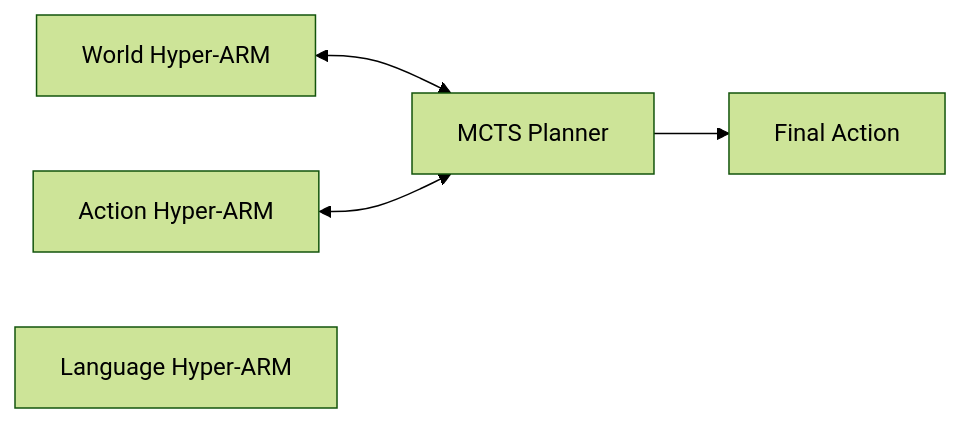
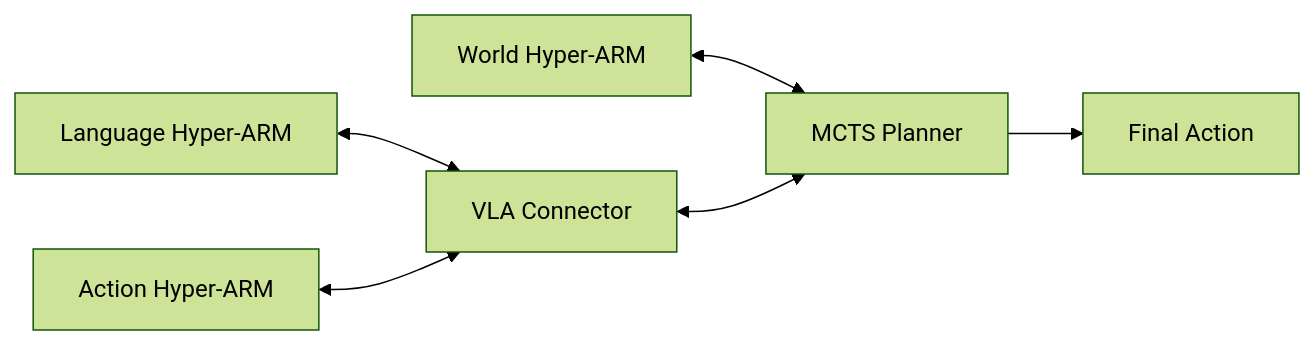
Before and after one commit to streamlineddesigns/Hyper-ARM-Hypernetwork-Associative-Recall-Memory: the diagram in README.md, drawn with Mermaid (forest theme).

Commit message:
updating Vwala diagram

````diff
--- a/README.md
+++ b/README.md
@@ -44,9 +44,12 @@
 ```mermaid
 flowchart LR
     World["World Hyper-ARM"]
     Action["Action Hyper-ARM"]
     Language["Language Hyper-ARM"]
+    VLA["VLA Hyper-ARM"]
+    Language <--> VLA["VLA Connector"]
+    Action <--> VLA
     World <--> MCTS["MCTS Planner"]
-    Action <--> MCTS
+    VLA <--> MCTS
     MCTS --> Output["Final Action"]
 ```
````
